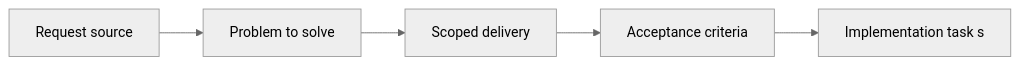
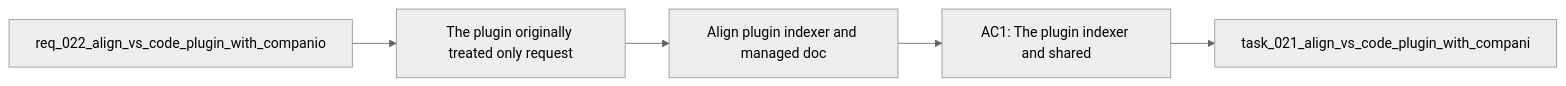
One commit to AlexAgo83/logics-manager changed the diagram in logics/backlog/item_023_align_plugin_indexer_and_managed_doc_model_for_companion_docs.md. Above: the diagram before and after it, drawn with Mermaid (neutral theme). The commit also changed 481 other files, not shown here.

````diff
--- a/logics/backlog/item_023_align_plugin_indexer_and_managed_doc_model_for_companion_docs.md
+++ b/logics/backlog/item_023_align_plugin_indexer_and_managed_doc_model_for_companion_docs.md
@@ -24,8 +24,9 @@
 ```mermaid
+%% logics-kind: backlog
 %% logics-signature: backlog|align-plugin-indexer-and-managed-doc-mod|req-022-align-vs-code-plugin-with-compan|the-plugin-originally-treated-only-reque|ac1-the-plugin-indexer-and-shared
 flowchart LR
-    Req[Request source] --> Problem[Problem to solve]
-    Problem --> Scope[Scoped delivery]
-    Scope --> AC[Acceptance criteria]
-    AC --> Tasks[Implementation task s]
+    Request[req_022_align_vs_code_plugin_with_companio] --> Problem[The plugin originally treated only request]
+    Problem --> Scope[Align plugin indexer and managed doc]
+    Scope --> Acceptance[AC1: The plugin indexer and shared]
+    Acceptance --> Tasks[task_021_align_vs_code_plugin_with_compani]
 ```
````
